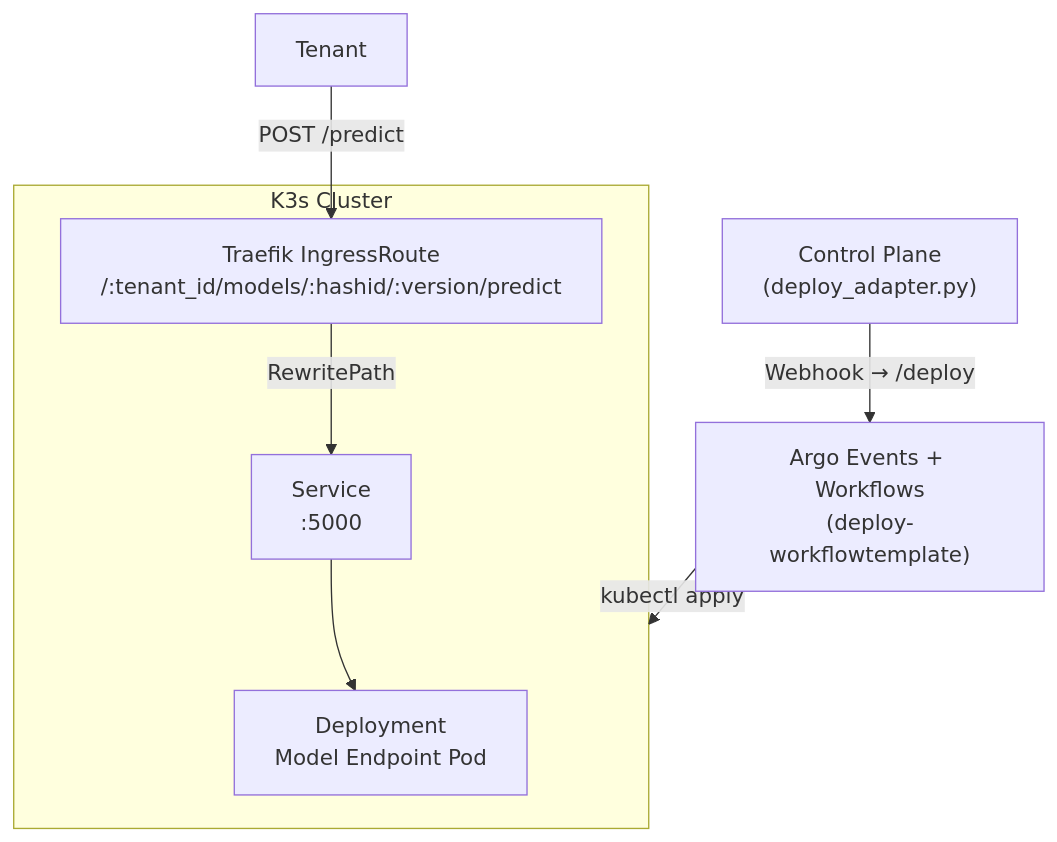
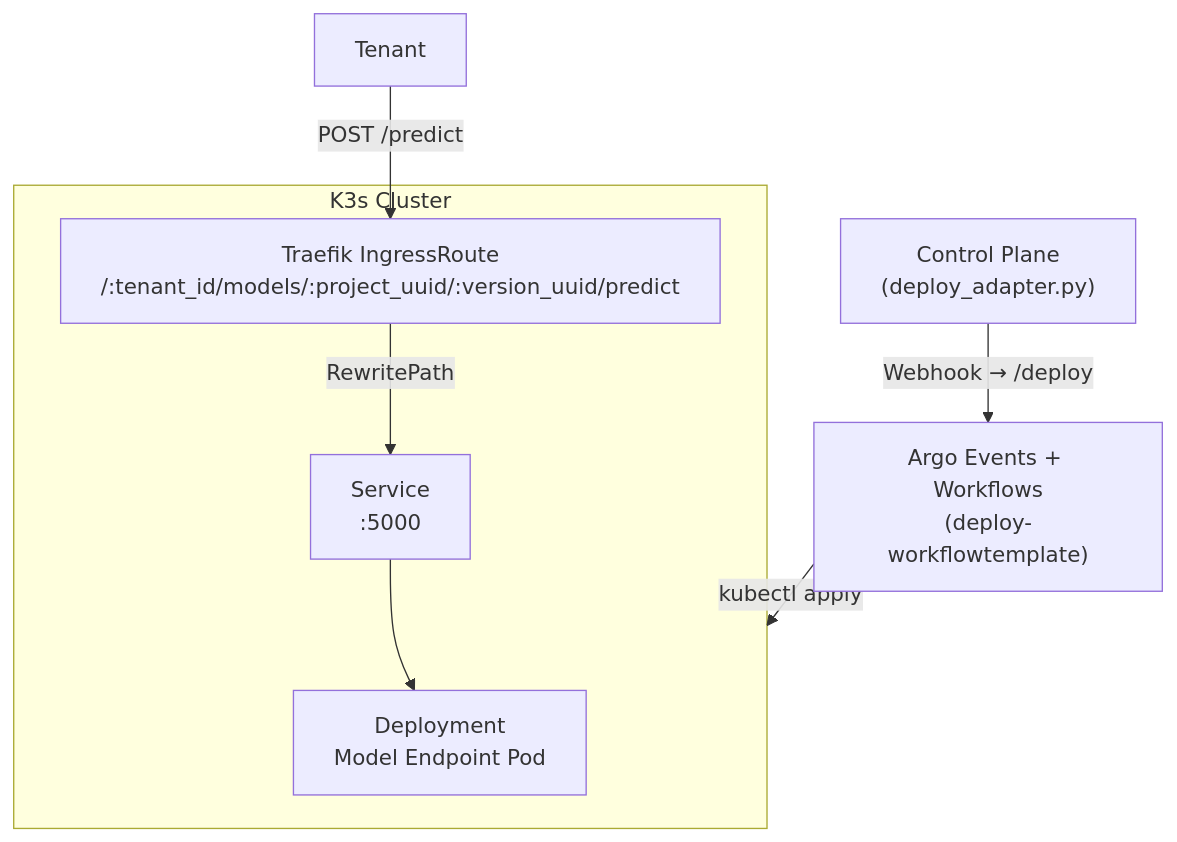
The fourth of 9 diagrams in ARCHITECTURE.md (Viet-Hoang-2005/AdaptML), drawn with Mermaid before and after one commit. The commit also changed other lines of this file and 3 other files, not shown here.

Commit message:
docs: update platform architecture references

````diff
--- a/ARCHITECTURE.md
+++ b/ARCHITECTURE.md
@@ -148,14 +148,14 @@
 ```mermaid
 flowchart TB
     CP["Control Plane\n(deploy_adapter.py)"] -->|"Webhook → /deploy"| ARGO["Argo Events + Workflows\n(deploy-workflowtemplate)"]
     ARGO -->|"kubectl apply"| K8S
 
     subgraph K8S["K3s Cluster"]
         DEP["Deployment\nModel Endpoint Pod"]
         SVC["Service\n:5000"]
-        INGRESS["Traefik IngressRoute\n/:tenant_id/models/:hashid/:version/predict"]
+        INGRESS["Traefik IngressRoute\n/:tenant_id/models/:project_uuid/:version_uuid/predict"]
     end
 
     CLIENT["Tenant"] -->|"POST /predict"| INGRESS
     INGRESS -->|"RewritePath"| SVC --> DEP
 ```
````
